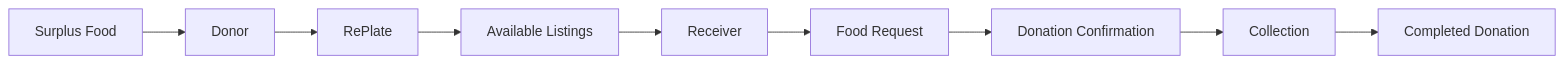
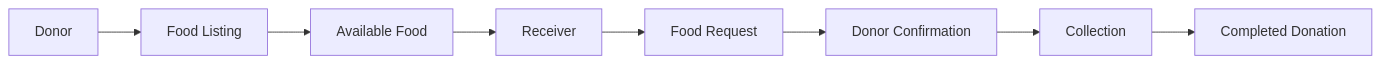
Before and after one commit to sapna71/RePlate: the first of 5 diagrams in README.md, drawn with Mermaid. The commit also changed other lines of this file, not shown here.

````diff
--- a/README.md
+++ b/README.md
@@ -59,11 +32,10 @@
 ```mermaid
 flowchart LR
-    A[Surplus Food] --> B[Donor]
-    B --> C[RePlate]
-    C --> D[Available Listings]
-    D --> E[Receiver]
-    E --> F[Food Request]
-    F --> G[Donation Confirmation]
-    G --> H[Collection]
-    H --> I[Completed Donation]
+    A[Donor] --> B[Food Listing]
+    B --> C[Available Food]
+    C --> D[Receiver]
+    D --> E[Food Request]
+    E --> F[Donor Confirmation]
+    F --> G[Collection]
+    G --> H[Completed Donation]
 ```
````
